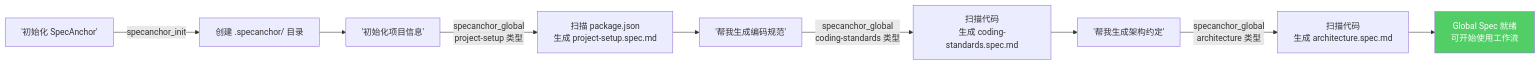
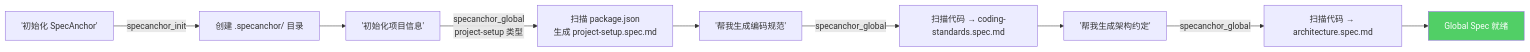
Before and after one commit to linziyanleo/spec-anchor: the third of 6 diagrams in FLOWCHART.md, drawn with Mermaid. The commit also changed other lines of this file and 1 other file, not shown here.

First line of the commit message:
docs: 更新 README 和 FLOWCHART 适配 Extension 架构

````diff
--- a/FLOWCHART.md
+++ b/FLOWCHART.md
@@ -89,13 +60,13 @@
 ```mermaid
 flowchart LR
     A["'初始化 SpecAnchor'"] -->|specanchor_init| B[创建 .specanchor/ 目录]
     B --> C["'初始化项目信息'"]
     C -->|specanchor_global<br/>project-setup 类型| D[扫描 package.json<br/>生成 project-setup.spec.md]
     D --> E["'帮我生成编码规范'"]
-    E -->|specanchor_global<br/>coding-standards 类型| F[扫描代码<br/>生成 coding-standards.spec.md]
+    E -->|specanchor_global| F[扫描代码 → coding-standards.spec.md]
     F --> G["'帮我生成架构约定'"]
-    G -->|specanchor_global<br/>architecture 类型| H[扫描代码<br/>生成 architecture.spec.md]
-    H --> I[Global Spec 就绪<br/>可开始使用工作流]
+    G -->|specanchor_global| H[扫描代码 → architecture.spec.md]
+    H --> I[Global Spec 就绪]
 
     style I fill:#51cf66,color:#fff
 ```
````
